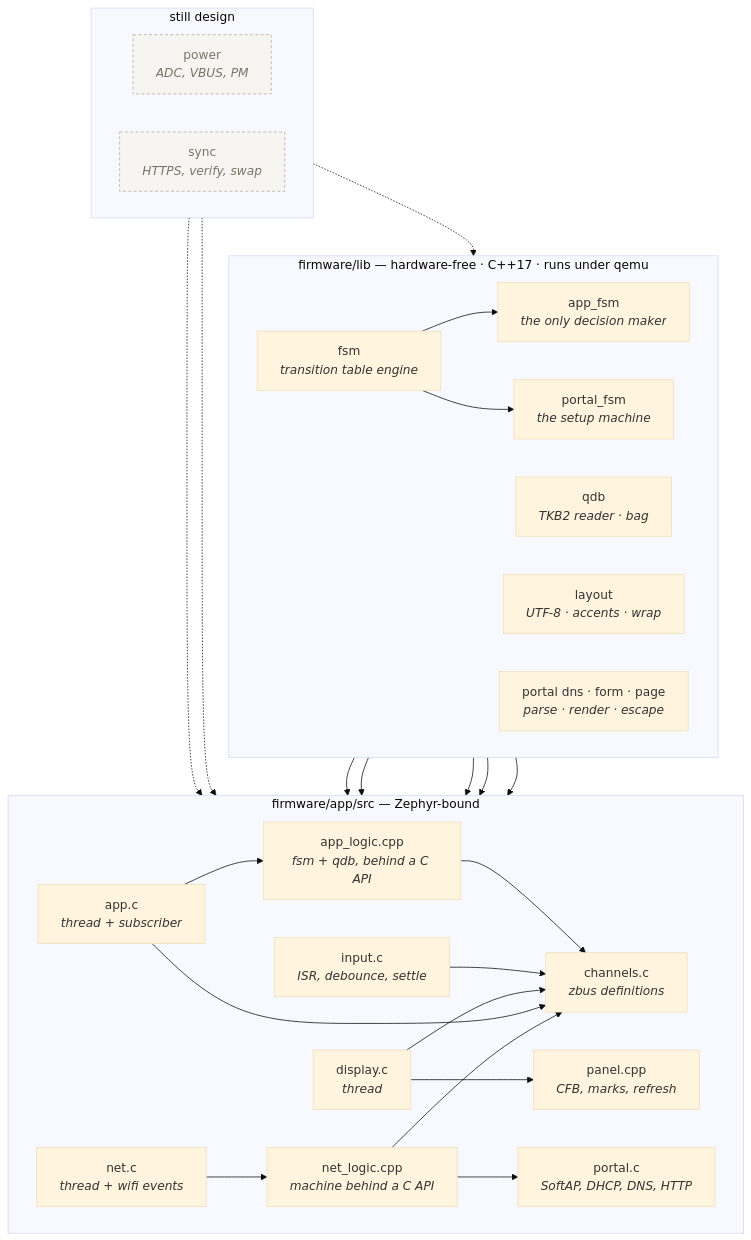
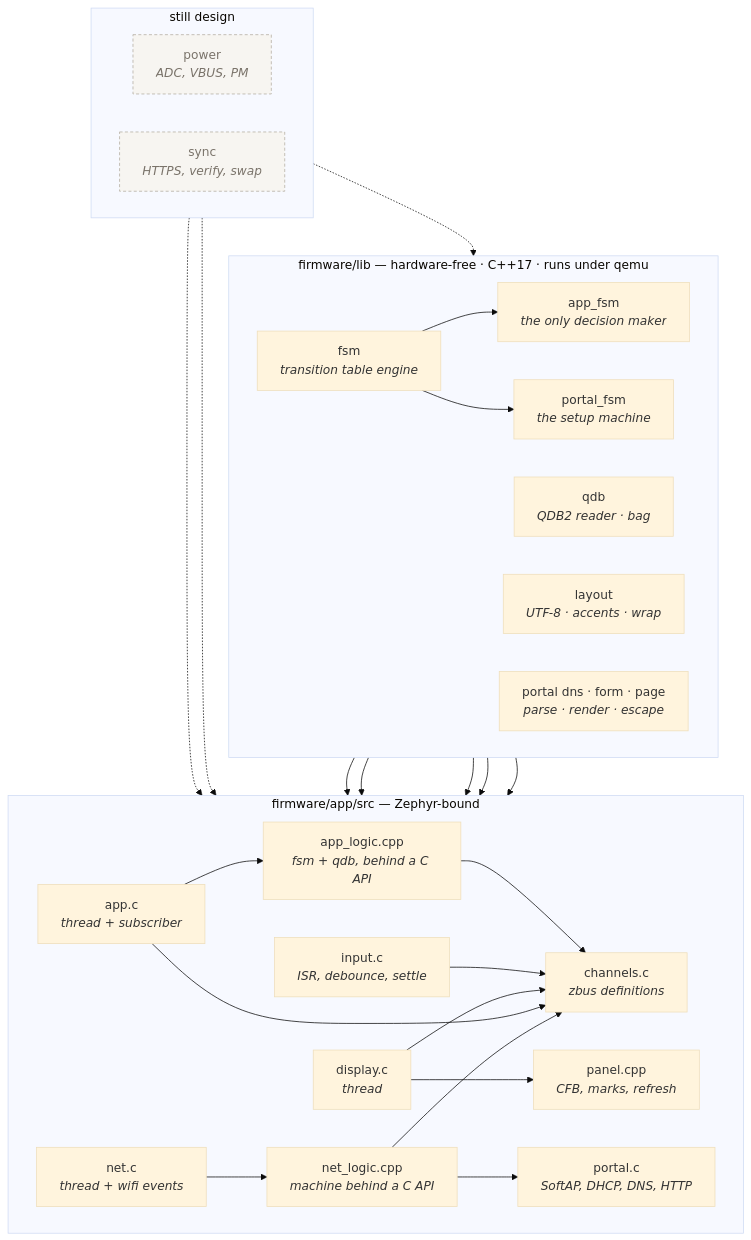
Before and after one commit to giacomomellone/cicala: the fourth of 13 diagrams in docs/firmware_architecture.md, drawn with Mermaid (base theme). The commit also changed other lines of this file and 31 other files, not shown here.

First line of the commit message:
refactor: the bundle is a .qdb, not a .tkb

````diff
--- a/docs/firmware_architecture.md
+++ b/docs/firmware_architecture.md
@@ -302,53 +302,53 @@
 ```mermaid
 flowchart TB
     subgraph pure["firmware/lib — hardware-free · C++17 · runs under qemu"]
         direction LR
         FSM[fsm<br/><i>transition table engine</i>]
         APPFSM[app_fsm<br/><i>the only decision maker</i>]
-        QDB[qdb<br/><i>TKB2 reader · bag</i>]
+        QDB[qdb<br/><i>QDB2 reader · bag</i>]
         LAY[layout<br/><i>UTF-8 · accents · wrap</i>]
         PFSM[portal_fsm<br/><i>the setup machine</i>]
         PBITS[portal dns · form · page<br/><i>parse · render · escape</i>]
     end
 
     subgraph glue["firmware/app/src — Zephyr-bound"]
         direction LR
         CHAN[channels.c<br/><i>zbus definitions</i>]
         INPUT[input.c<br/><i>ISR, debounce, settle</i>]
         APPC[app.c<br/><i>thread + subscriber</i>]
         LOGIC[app_logic.cpp<br/><i>fsm + qdb, behind a C API</i>]
         DISP[display.c<br/><i>thread</i>]
         PANEL[panel.cpp<br/><i>CFB, marks, refresh</i>]
         NETC[net.c<br/><i>thread + wifi events</i>]
         NLOG[net_logic.cpp<br/><i>machine behind a C API</i>]
         PORTALC[portal.c<br/><i>SoftAP, DHCP, DNS, HTTP</i>]
     end
 
     subgraph todo["still design"]
         direction LR
         POWER[power<br/><i>ADC, VBUS, PM</i>]:::t
         SYNC[sync<br/><i>HTTPS, verify, swap</i>]:::t
     end
 
     FSM --> APPFSM
     APPFSM --> LOGIC
     QDB --> LOGIC
     LAY --> PANEL
     APPC --> LOGIC
     LOGIC --> CHAN
     INPUT --> CHAN
     DISP --> PANEL
     DISP --> CHAN
     APPC --> CHAN
     FSM --> PFSM
     PFSM --> NLOG
     PBITS --> PORTALC
     NETC --> NLOG
     NLOG --> PORTALC
     NLOG --> CHAN
     SYNC -.-> QDB
     SYNC -.-> CHAN
     POWER -.-> CHAN
 
     classDef t fill:#f7f5f1,stroke:#b3aca0,stroke-dasharray:4 3,color:#7a736a
 ```
````
